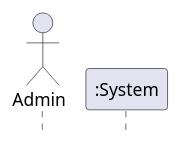
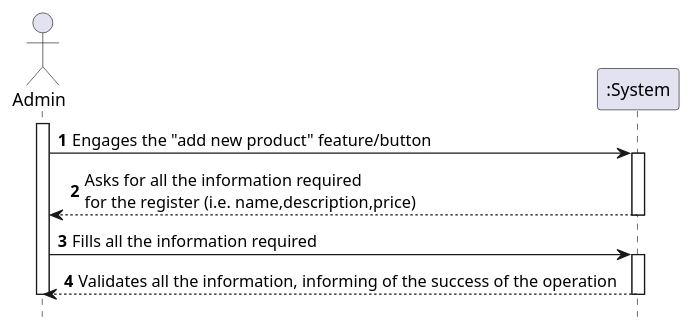
Before and after one commit to tiagoavcosta25/LAPR3: the diagram in docs/Iteration 1/Product Management/US70_RegisterProduct/US70_SSD.puml, drawn with PlantUML. The commit also changed 8 other files, not shown here.

```diff
--- a/docs/Iteration 1/Product Management/US70_RegisterProduct/US70_SSD.puml
+++ b/docs/Iteration 1/Product Management/US70_RegisterProduct/US70_SSD.puml
@@ -1,10 +1,23 @@
 @startuml
 autonumber
 hide footbox
 
-actor "Admin" as ADM
+actor "Admin" as U
+
 participant ":System" as SYST
 
+activate U
 
+U -> SYST : Engages the "add new product" feature/button
+activate SYST
+SYST --> U : Asks for all the information required \nfor the register (i.e. name,description,price)
+deactivate SYST
+
+U -> SYST : Fills all the information required
+activate SYST
+SYST --> U : Validates all the information, informing of the success of the operation
+deactivate SYST
+
+deactivate U
 
 @enduml
```
